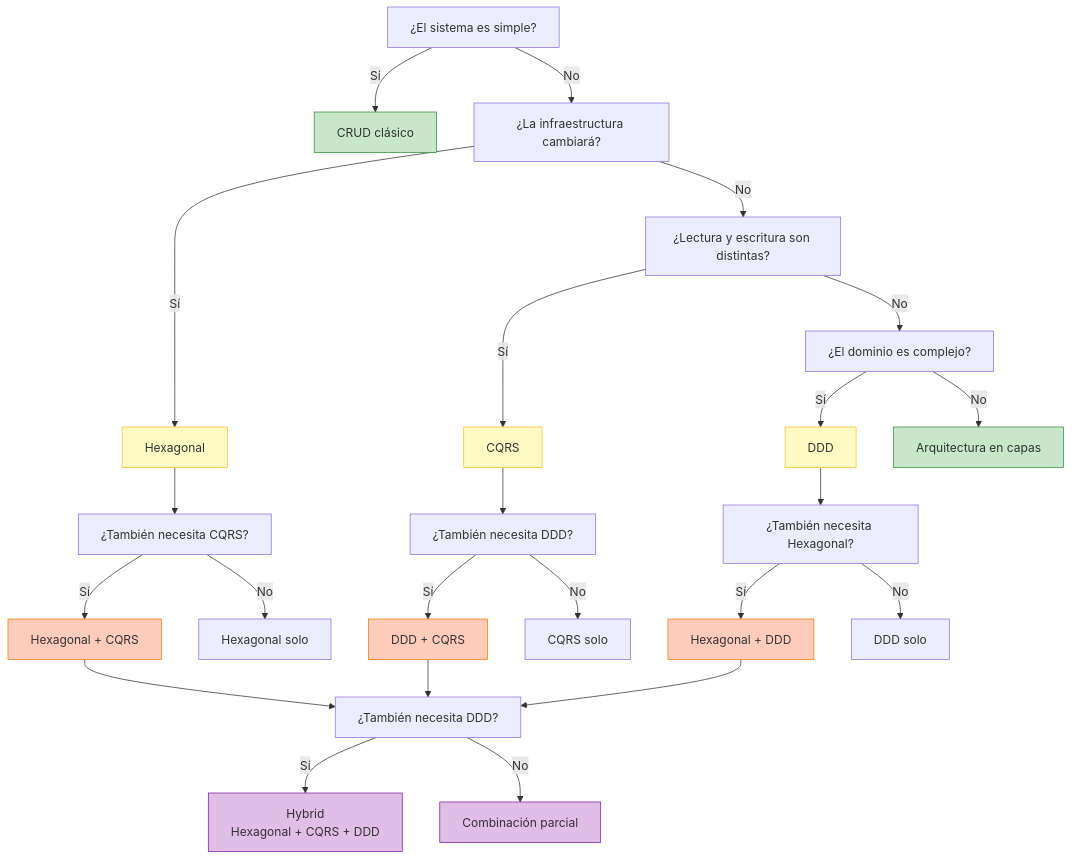
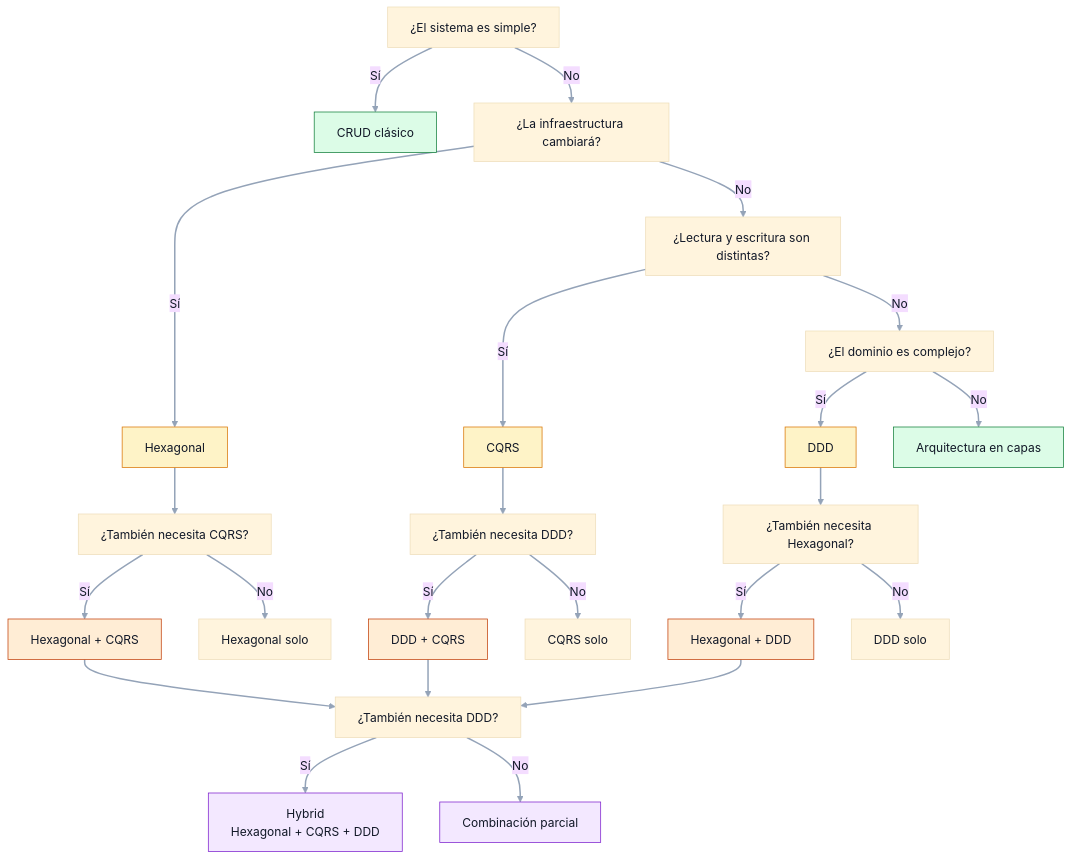
The sixth of 7 diagrams in README.md (VirtualCave/modern-architecture-patterns), drawn with Mermaid before and after one commit. The commit also changed other lines of this file and 4 other files, not shown here.

````diff
--- a/README.md
+++ b/README.md
@@ -549,42 +612,45 @@
 ```mermaid
+%%{init: {'theme':'base','themeVariables': {'background':'transparent','primaryTextColor':'#111827','lineColor':'#94A3B8'}}}%%
 flowchart TD
     A[¿El sistema es simple?] -->|Sí| B[CRUD clásico]
     A -->|No| C[¿La infraestructura cambiará?]
     
     C -->|Sí| D[Hexagonal]
     C -->|No| E[¿Lectura y escritura son distintas?]
     
     E -->|Sí| F[CQRS]
     E -->|No| G[¿El dominio es complejo?]
     
     G -->|Sí| H[DDD]
     G -->|No| I[Arquitectura en capas]
     
     D --> J[¿También necesita CQRS?]
     J -->|Sí| K[Hexagonal + CQRS]
     J -->|No| L[Hexagonal solo]
     
     F --> M[¿También necesita DDD?]
     M -->|Sí| N[DDD + CQRS]
     M -->|No| O[CQRS solo]
     
     H --> P[¿También necesita Hexagonal?]
     P -->|Sí| Q[Hexagonal + DDD]
     P -->|No| R[DDD solo]
     
     K --> S[¿También necesita DDD?]
     N --> S
     Q --> S
     S -->|Sí| T[Hybrid<br/>Hexagonal + CQRS + DDD]
     S -->|No| U[Combinación parcial]
+
+    linkStyle default stroke:#94A3B8,stroke-width:2px;
     
-    classDef simple fill:#C8E6C9,stroke:#388E3C
-    classDef medium fill:#FFF9C4,stroke:#FBC02D
-    classDef complex fill:#FFCCBC,stroke:#F57C00
-    classDef hybrid fill:#E1BEE7,stroke:#7B1FA2
+    classDef simple fill:#DCFCE7,stroke:#15803D,stroke-width:1px,color:#111827;
+    classDef medium fill:#FEF3C7,stroke:#D97706,stroke-width:1px,color:#111827;
+    classDef complex fill:#FFEDD5,stroke:#C2410C,stroke-width:1px,color:#111827;
+    classDef hybrid fill:#F3E8FF,stroke:#7E22CE,stroke-width:1px,color:#111827;
     
     class B,I simple
     class D,F,H medium
     class K,N,Q complex
     class T,U hybrid
 ```
````
